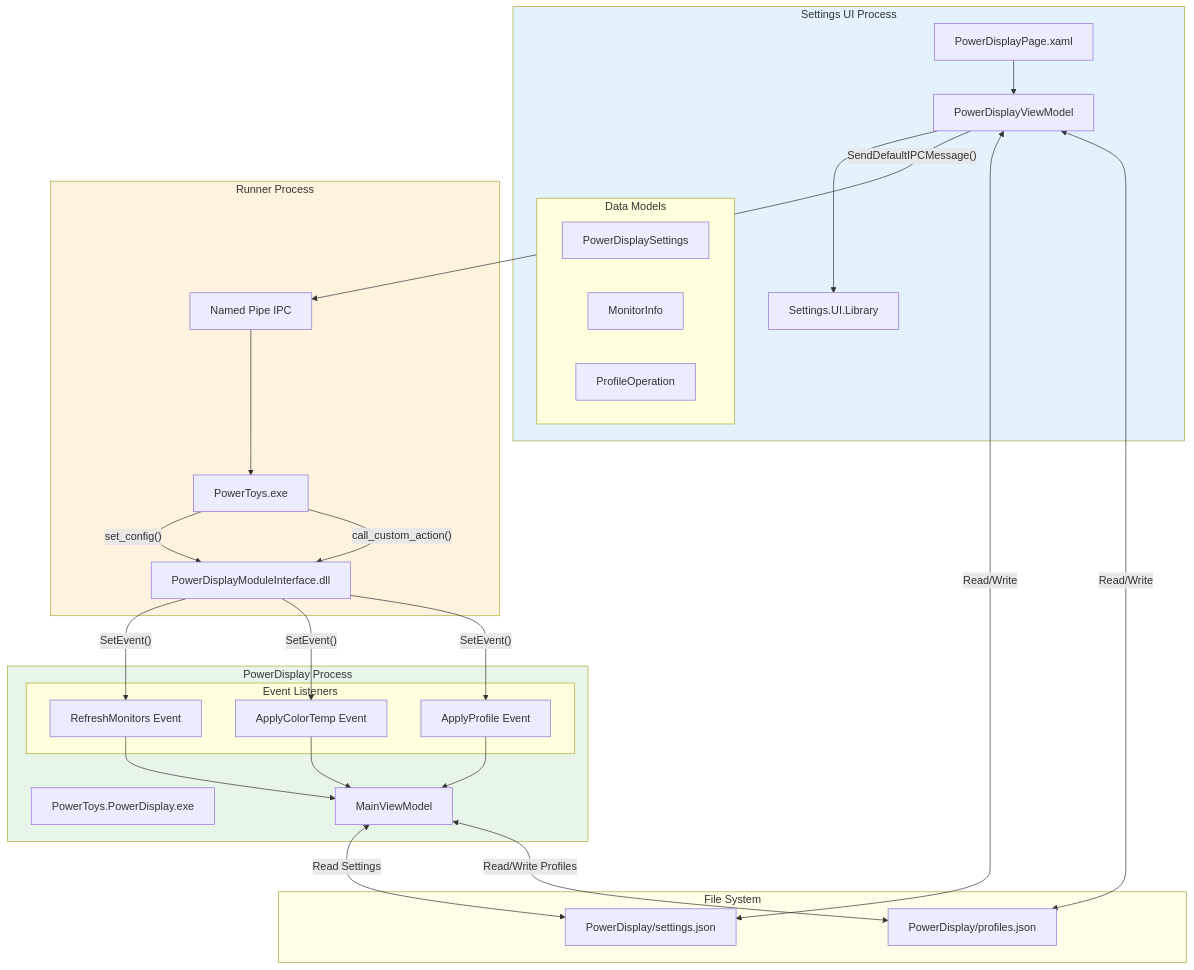
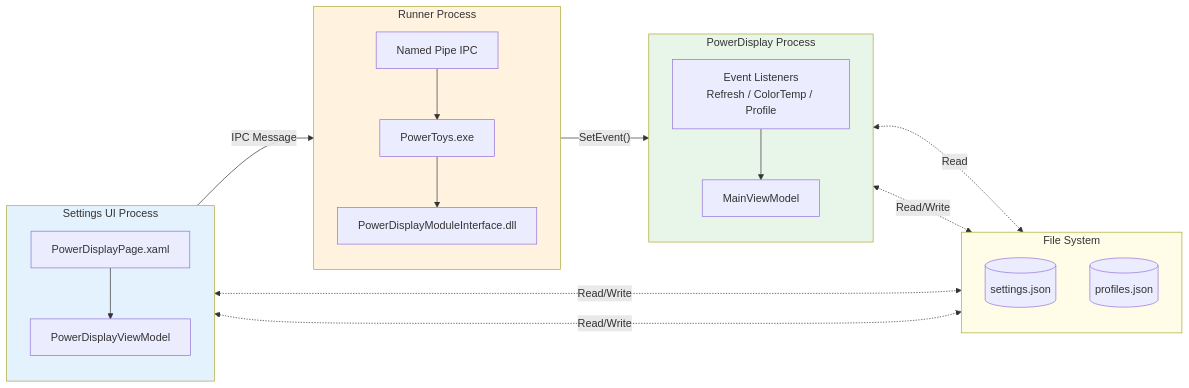
Before and after one commit to microsoft/PowerToys: diagram 12 of 23 in doc/devdocs/modules/powerdisplay/design.md, drawn with Mermaid. The commit also changed other lines of this file, not shown here.

````diff
--- a/doc/devdocs/modules/powerdisplay/design.md
+++ b/doc/devdocs/modules/powerdisplay/design.md
@@ -840,65 +994,45 @@
 ```mermaid
-flowchart TB
-    subgraph SettingsProcess["Settings UI Process"]
-        SettingsPage["PowerDisplayPage.xaml"]
-        ViewModel["PowerDisplayViewModel"]
-        SettingsLib["Settings.UI.Library"]
-
-        subgraph DataModels["Data Models"]
-            PowerDisplaySettings["PowerDisplaySettings"]
-            MonitorInfo["MonitorInfo"]
-            ProfileOperation["ProfileOperation"]
-        end
+flowchart LR
+    subgraph SettingsUI["Settings UI Process"]
+        direction TB
+        Page["PowerDisplayPage.xaml"]
+        VM["PowerDisplayViewModel"]
+        Page --> VM
     end
 
-    subgraph RunnerProcess["Runner Process"]
-        Runner["PowerToys.exe"]
-        NamedPipe["Named Pipe IPC"]
-        ModuleInterface["PowerDisplayModuleInterface.dll"]
+    subgraph Runner["Runner Process"]
+        direction TB
+        Exe["PowerToys.exe"]
+        Pipe["Named Pipe IPC"]
+        Module["PowerDisplayModuleInterface.dll"]
+        Pipe --> Exe --> Module
     end
 
-    subgraph PowerDisplayProcess["PowerDisplay Process"]
-        App["PowerToys.PowerDisplay.exe"]
+    subgraph PDApp["PowerDisplay Process"]
+        direction TB
         MainVM["MainViewModel"]
-
-        subgraph EventListeners["Event Listeners"]
-            RefreshEvent["RefreshMonitors Event"]
-            ApplyColorTempEvent["ApplyColorTemp Event"]
-            ApplyProfileEvent["ApplyProfile Event"]
-        end
+        Events["Event Listeners<br/>Refresh / ColorTemp / Profile"]
+        Events --> MainVM
     end
 
-    subgraph FileSystem["File System"]
-        SettingsJson["PowerDisplay/settings.json"]
-        ProfilesJson["PowerDisplay/profiles.json"]
+    subgraph Storage["File System"]
+        direction TB
+        Settings[("settings.json")]
+        Profiles[("profiles.json")]
     end
 
-    %% Settings UI to Runner
-    SettingsPage --> ViewModel
-    ViewModel --> SettingsLib
-    ViewModel -->|"SendDefaultIPCMessage()"| NamedPipe
-    NamedPipe --> Runner
-    Runner -->|"set_config()"| ModuleInterface
-    Runner -->|"call_custom_action()"| ModuleInterface
+    %% Main flow: Settings UI → Runner → PowerDisplay
+    VM -->|"IPC Message"| Pipe
+    Module -->|"SetEvent()"| Events
 
-    %% Settings persistence
-    ViewModel <-->|"Read/Write"| SettingsJson
-    ViewModel <-->|"Read/Write"| ProfilesJson
+    %% File access
+    VM <-.->|"Read/Write"| Settings
+    VM <-.->|"Read/Write"| Profiles
+    MainVM <-.->|"Read"| Settings
+    MainVM <-.->|"Read/Write"| Profiles
 
-    %% Module Interface to PowerDisplay App
-    ModuleInterface -->|"SetEvent()"| RefreshEvent
-    ModuleInterface -->|"SetEvent()"| ApplyColorTempEvent
-    ModuleInterface -->|"SetEvent()"| ApplyProfileEvent
-
-    %% PowerDisplay App event handling
-    RefreshEvent --> MainVM
-    ApplyColorTempEvent --> MainVM
-    ApplyProfileEvent --> MainVM
-    MainVM <-->|"Read Settings"| SettingsJson
-    MainVM <-->|"Read/Write Profiles"| ProfilesJson
-
-    style SettingsProcess fill:#e3f2fd
-    style RunnerProcess fill:#fff3e0
-    style PowerDisplayProcess fill:#e8f5e9
-    style FileSystem fill:#fffde7
+    style SettingsUI fill:#e3f2fd
+    style Runner fill:#fff3e0
+    style PDApp fill:#e8f5e9
+    style Storage fill:#fffde7
 ```
````
